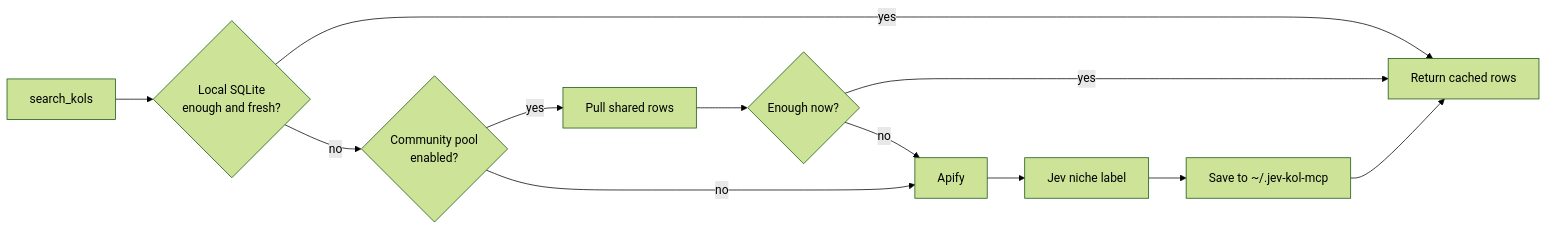
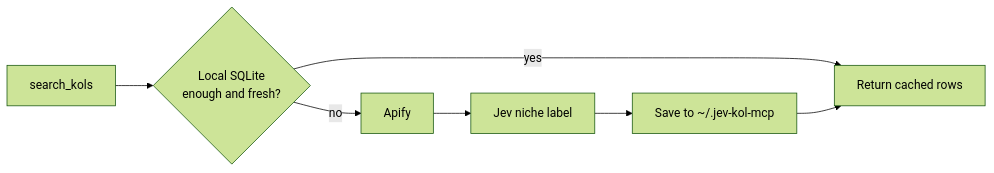
One commit to EdgeForgeLab/jev-kol-mcp changed the diagram in README.md. Above: the diagram before and after it, drawn with Mermaid (forest theme). The commit also changed other lines of this file and 1 other file, not shown here.

Commit message:
Remove the community pool from the public docs.
The search flow and environment table now match the variables this project actually asks users to set.

````diff
--- a/README.md
+++ b/README.md
@@ -25,14 +25,9 @@
 ```mermaid
 flowchart LR
   A[search_kols] --> B{Local SQLite<br/>enough and fresh?}
   B -->|yes| Z[Return cached rows]
-  B -->|no| C{Community pool<br/>enabled?}
-  C -->|yes| D[Pull shared rows]
-  C -->|no| E[Apify]
-  D --> F{Enough now?}
-  F -->|yes| Z
-  F -->|no| E
+  B -->|no| E[Apify]
   E --> G[Jev niche label]
   G --> H[Save to ~/.jev-kol-mcp]
   H --> Z
 ```
````
